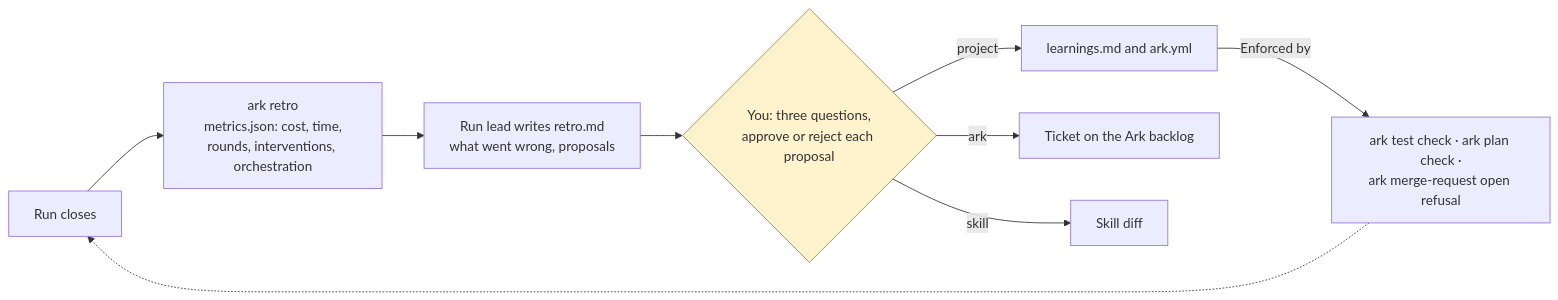
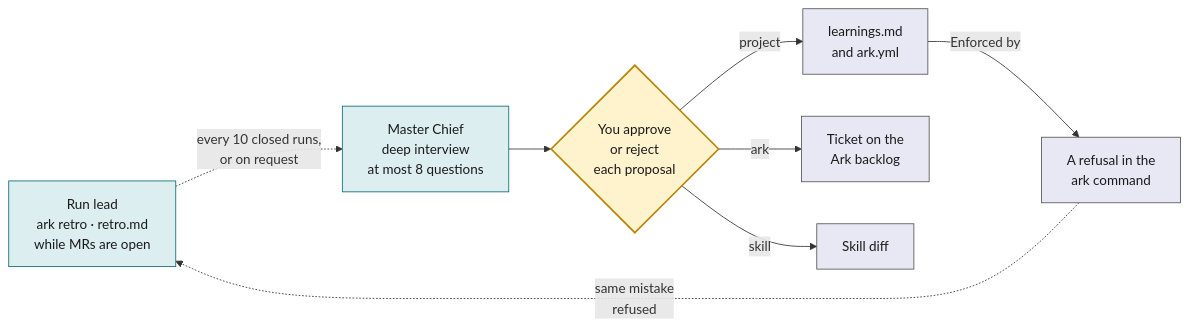
Before and after one commit to cobekarhoff/ark: the fifth of 5 diagrams in docs/explanation/architecture.md, drawn with Mermaid. The commit also changed other lines of this file and 36 other files, not shown here.

````diff
--- a/docs/explanation/architecture.md
+++ b/docs/explanation/architecture.md
@@ -195,13 +232,17 @@
 ```mermaid
 flowchart LR
-  run[Run closes] --> metrics[ark retro<br/>metrics.json: cost, time,<br/>rounds, interventions, orchestration]
-  metrics --> retro[Run lead writes retro.md<br/>what went wrong, proposals]
-  retro --> you{You: three questions,<br/>approve or reject each proposal}
-  you -->|project| learn[learnings.md and ark.yml]
-  you -->|ark| ticket[Ticket on the Ark backlog]
-  you -->|skill| skill[Skill diff]
-  learn -->|Enforced by| check[ark test check · ark plan check ·<br/>ark merge-request open refusal]
-  check -.-> run
-  classDef g fill:#fff3cd,stroke:#b8860b
-  class you g
+  retro["Run lead<br/>ark retro · retro.md<br/>while MRs are open"] -. "every 10 closed runs,<br/>or on request" .-> iv["Master Chief<br/>deep interview<br/>at most 8 questions"]
+  iv --> you{"You approve<br/>or reject<br/>each proposal"}
+  you -->|project| learn["learnings.md<br/>and ark.yml"]
+  you -->|ark| ticket["Ticket on the<br/>Ark backlog"]
+  you -->|skill| skill["Skill diff"]
+  learn -->|"Enforced by"| check["A refusal in the<br/>ark command"]
+  check -.->|"same mistake<br/>refused"| retro
+
+  classDef human fill:#fff3cd,stroke:#b8860b,stroke-width:2px,color:#1a1a1a
+  classDef agent fill:#dceef0,stroke:#0e6b72,color:#1a1a1a
+  classDef cmd fill:#e8e8f4,stroke:#555,color:#1a1a1a
+  class you human
+  class retro,iv agent
+  class learn,ticket,skill,check cmd
 ```
````
